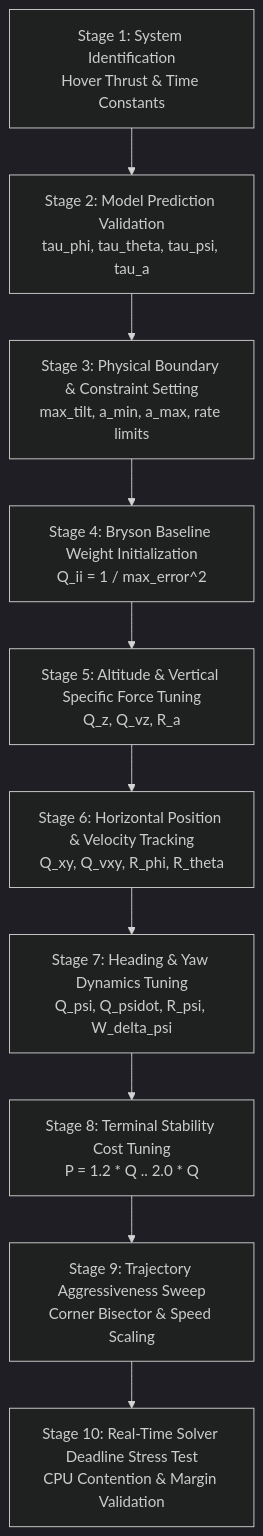
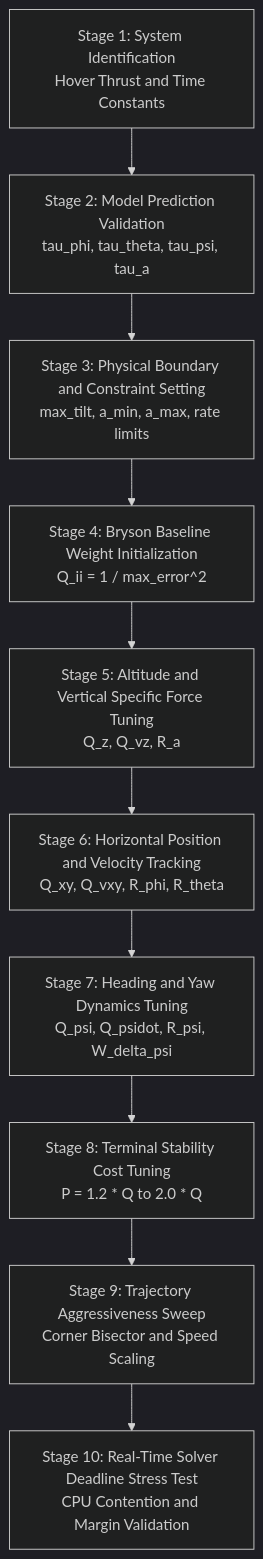
Before and after one commit to bluemoonfake/mpc_control: the diagram in docs/tuning/TUNING_PLAYBOOK.md, drawn with Mermaid (dark theme). The commit also changed 5 other files, not shown here.

````diff
--- a/docs/tuning/TUNING_PLAYBOOK.md
+++ b/docs/tuning/TUNING_PLAYBOOK.md
@@ -9,12 +9,12 @@
 ```mermaid
 graph TD
-    A[Stage 1: System Identification<br/>Hover Thrust & Time Constants] --> B[Stage 2: Model Prediction Validation<br/>tau_phi, tau_theta, tau_psi, tau_a]
-    B --> C[Stage 3: Physical Boundary & Constraint Setting<br/>max_tilt, a_min, a_max, rate limits]
-    C --> D[Stage 4: Bryson Baseline Weight Initialization<br/>Q_ii = 1 / max_error^2]
-    D --> E[Stage 5: Altitude & Vertical Specific Force Tuning<br/>Q_z, Q_vz, R_a]
-    E --> F[Stage 6: Horizontal Position & Velocity Tracking<br/>Q_xy, Q_vxy, R_phi, R_theta]
-    F --> G[Stage 7: Heading & Yaw Dynamics Tuning<br/>Q_psi, Q_psidot, R_psi, W_delta_psi]
-    G --> H[Stage 8: Terminal Stability Cost Tuning<br/>P = 1.2 * Q .. 2.0 * Q]
-    H --> I[Stage 9: Trajectory Aggressiveness Sweep<br/>Corner Bisector & Speed Scaling]
-    I --> J[Stage 10: Real-Time Solver Deadline Stress Test<br/>CPU Contention & Margin Validation]
+    A["Stage 1: System Identification<br/>Hover Thrust and Time Constants"] --> B["Stage 2: Model Prediction Validation<br/>tau_phi, tau_theta, tau_psi, tau_a"]
+    B --> C["Stage 3: Physical Boundary and Constraint Setting<br/>max_tilt, a_min, a_max, rate limits"]
+    C --> D["Stage 4: Bryson Baseline Weight Initialization<br/>Q_ii = 1 / max_error^2"]
+    D --> E["Stage 5: Altitude and Vertical Specific Force Tuning<br/>Q_z, Q_vz, R_a"]
+    E --> F["Stage 6: Horizontal Position and Velocity Tracking<br/>Q_xy, Q_vxy, R_phi, R_theta"]
+    F --> G["Stage 7: Heading and Yaw Dynamics Tuning<br/>Q_psi, Q_psidot, R_psi, W_delta_psi"]
+    G --> H["Stage 8: Terminal Stability Cost Tuning<br/>P = 1.2 * Q to 2.0 * Q"]
+    H --> I["Stage 9: Trajectory Aggressiveness Sweep<br/>Corner Bisector and Speed Scaling"]
+    I --> J["Stage 10: Real-Time Solver Deadline Stress Test<br/>CPU Contention and Margin Validation"]
 ```
````
